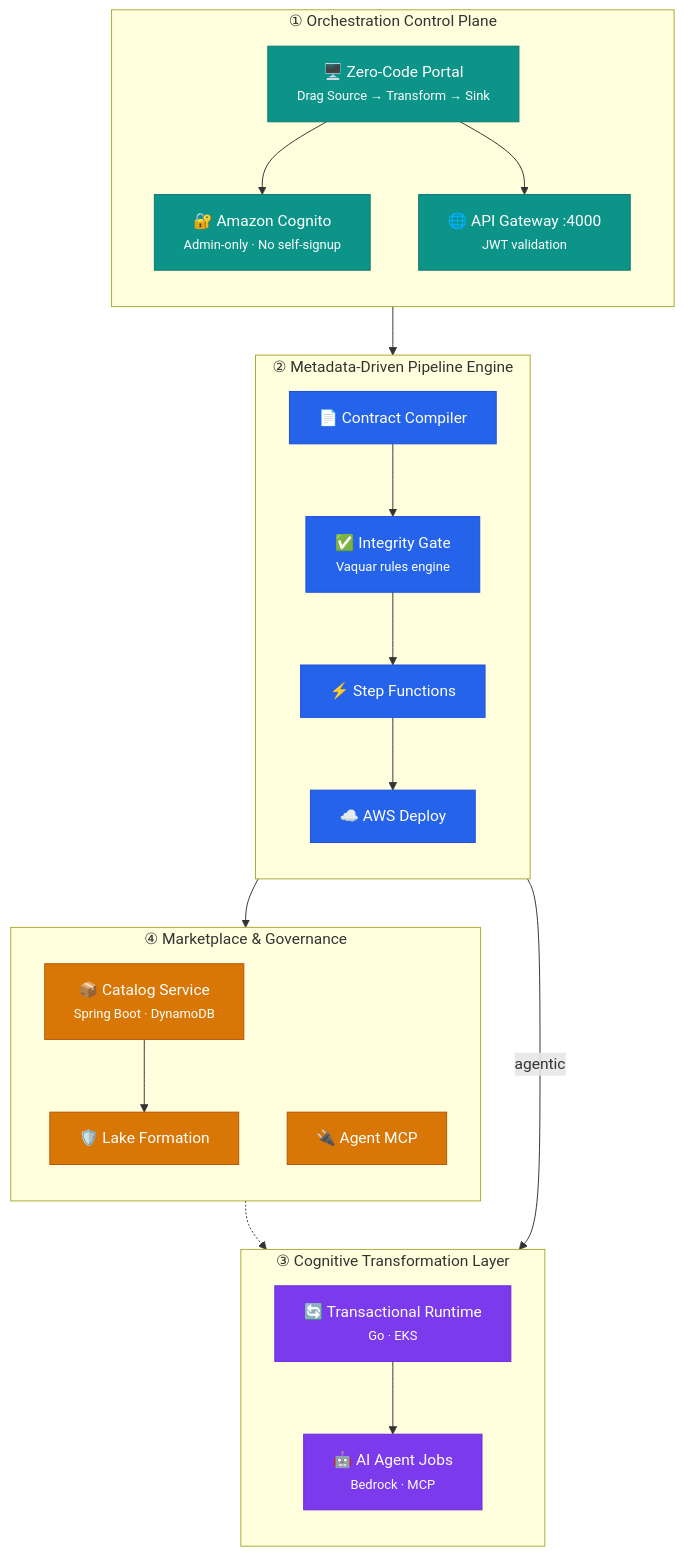
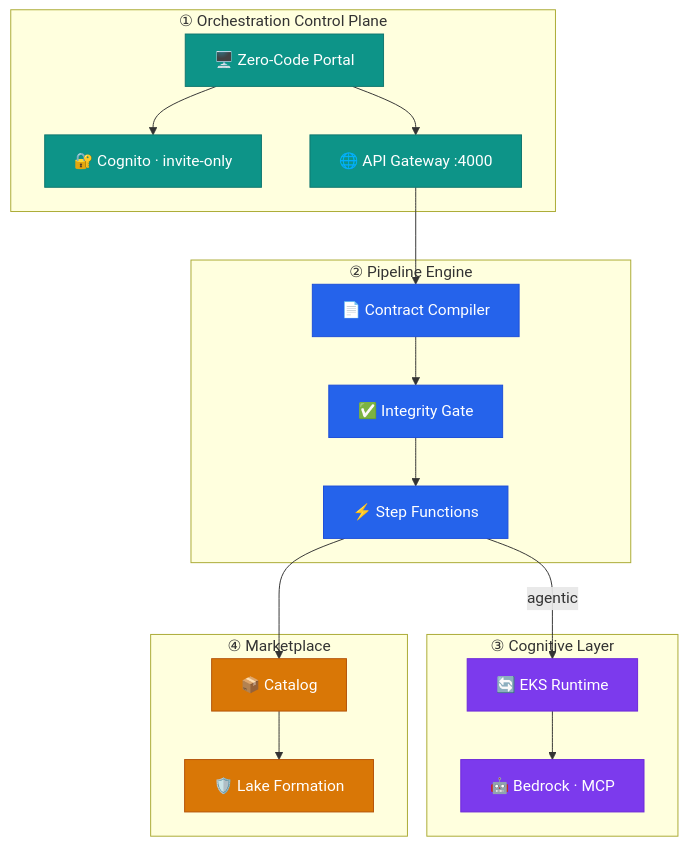
One commit to vaquarkhan/CogniMesh changed the first of 7 diagrams in README.md. Above: the diagram before and after it, drawn with Mermaid. The commit also changed other lines of this file and 40 other files, not shown here.

````diff
--- a/README.md
+++ b/README.md
@@ -43,47 +79,39 @@
 ```mermaid
 flowchart TB
     classDef control fill:#0d9488,stroke:#0f766e,color:#fff
     classDef engine fill:#2563eb,stroke:#1d4ed8,color:#fff
     classDef cognitive fill:#7c3aed,stroke:#6d28d9,color:#fff
     classDef market fill:#d97706,stroke:#b45309,color:#fff
 
     subgraph CP["① Orchestration Control Plane"]
-        direction TB
-        Portal["🖥️ Zero-Code Portal<br/><small>Drag Source → Transform → Sink</small>"]
-        Cognito["🔐 Amazon Cognito<br/><small>Admin-only · No self-signup</small>"]
-        GW["🌐 API Gateway :4000<br/><small>JWT validation</small>"]
-        Portal --> Cognito
-        Portal --> GW
+        Portal["🖥️ Zero-Code Portal"]
+        Cognito["🔐 Cognito · invite-only"]
+        GW["🌐 API Gateway :4000"]
+        Portal --> Cognito & GW
     end
 
-    subgraph PE["② Metadata-Driven Pipeline Engine"]
-        direction TB
+    subgraph PE["② Pipeline Engine"]
         Compiler["📄 Contract Compiler"]
-        Gate["✅ Integrity Gate<br/><small>Vaquar rules engine</small>"]
+        Gate["✅ Integrity Gate"]
         SFN["⚡ Step Functions"]
-        AWS["☁️ AWS Deploy"]
-        GW --> Compiler --> Gate --> SFN --> AWS
+        GW --> Compiler --> Gate --> SFN
     end
 
-    subgraph CL["③ Cognitive Transformation Layer"]
-        direction TB
-        RT["🔄 Transactional Runtime<br/><small>Go · EKS</small>"]
-        Agent["🤖 AI Agent Jobs<br/><small>Bedrock · MCP</small>"]
+    subgraph CL["③ Cognitive Layer"]
+        RT["🔄 EKS Runtime"]
+        Agent["🤖 Bedrock · MCP"]
         SFN -->|"agentic"| RT --> Agent
     end
 
-    subgraph MG["④ Marketplace & Governance"]
-        direction TB
-        Cat["📦 Catalog Service<br/><small>Spring Boot · DynamoDB</small>"]
+    subgraph MG["④ Marketplace"]
+        Cat["📦 Catalog"]
         LF["🛡️ Lake Formation"]
-        MCP["🔌 Agent MCP"]
-        AWS --> Cat
         Cat --> LF
-        MCP -.-> Agent
     end
 
+    SFN --> Cat
     class Portal,Cognito,GW control
-    class Compiler,Gate,SFN,AWS engine
+    class Compiler,Gate,SFN engine
     class RT,Agent cognitive
-    class Cat,LF,MCP market
+    class Cat,LF market
 ```
````
